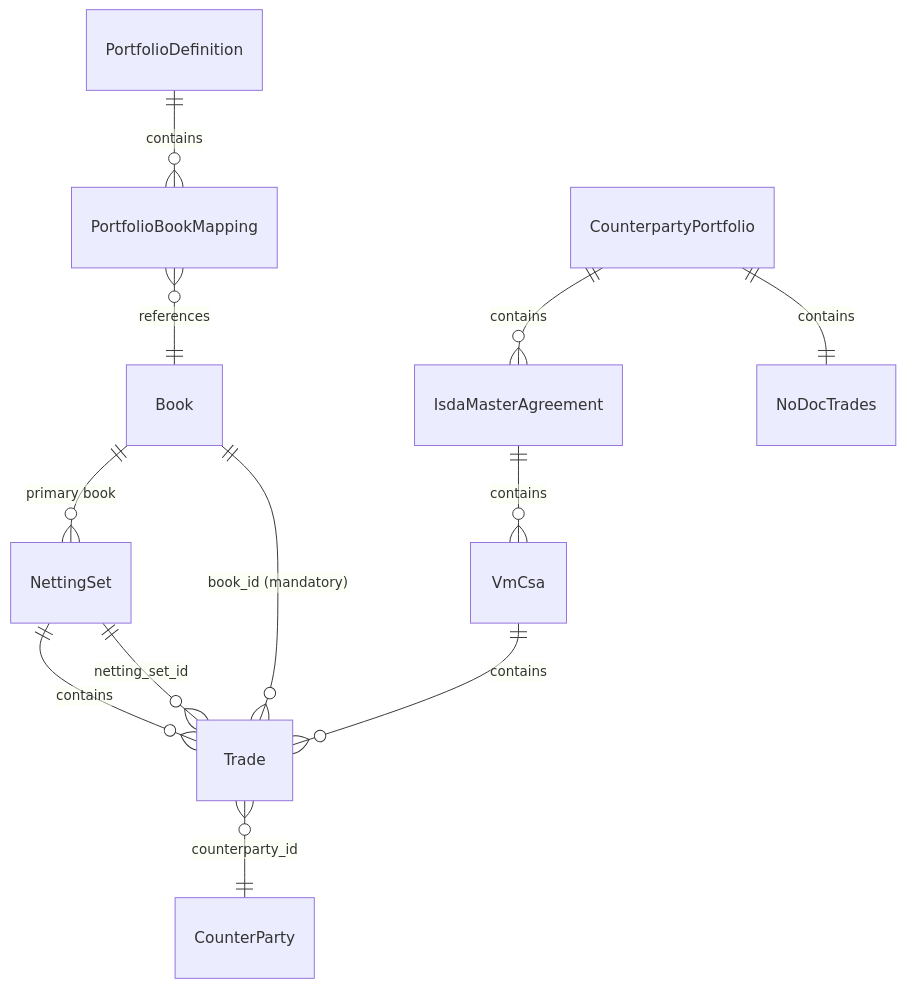
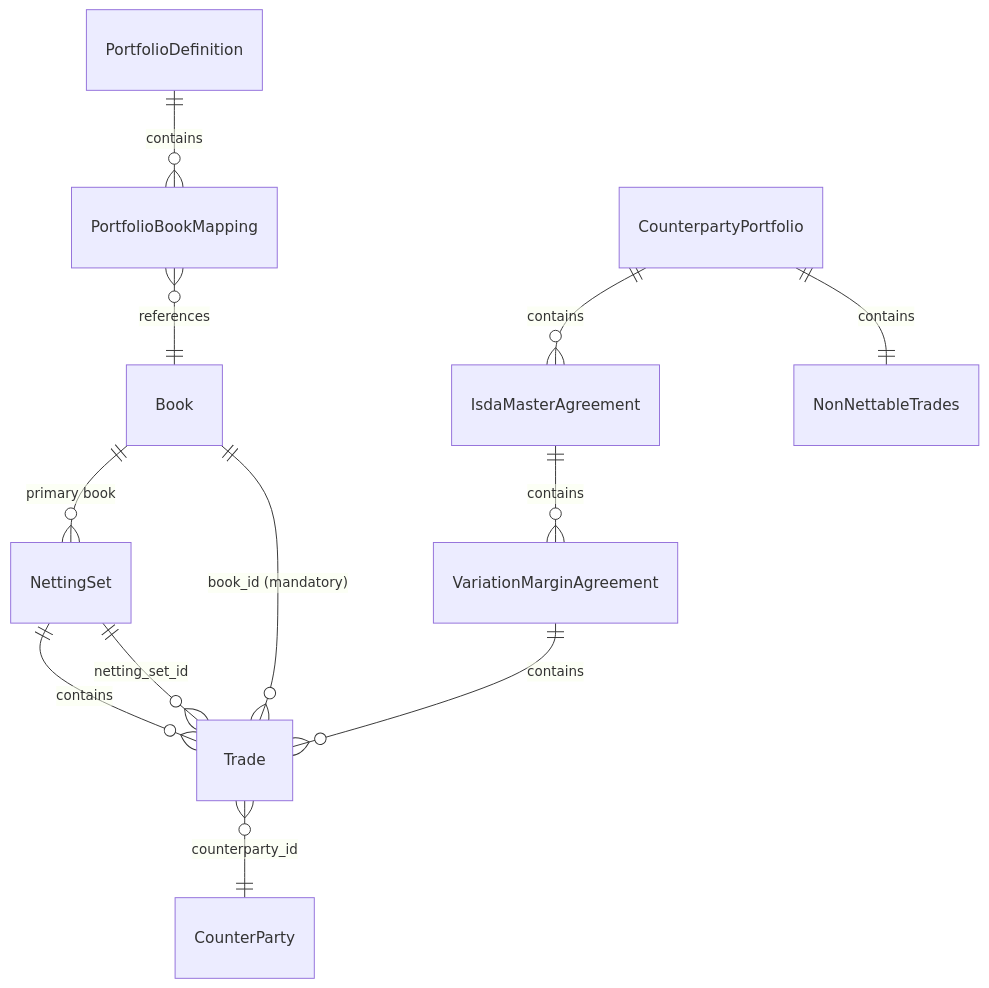
One commit to neutryx-lab/neutryx-rust changed the fourth of 4 diagrams in .kiro/specs/portfolio-book-model/design.md. Above: the diagram before and after it, drawn with Mermaid. The commit also changed other lines of this file and 10 other files, not shown here.

````diff
--- a/.kiro/specs/portfolio-book-model/design.md
+++ b/.kiro/specs/portfolio-book-model/design.md
@@ -1016,16 +1055,16 @@
 ```mermaid
 erDiagram
     PortfolioDefinition ||--o{ PortfolioBookMapping : contains
     PortfolioBookMapping }o--|| Book : references
     Book ||--o{ NettingSet : "primary book"
     NettingSet ||--o{ Trade : contains
 
     CounterpartyPortfolio ||--o{ IsdaMasterAgreement : contains
-    CounterpartyPortfolio ||--|| NoDocTrades : contains
-    IsdaMasterAgreement ||--o{ VmCsa : contains
-    VmCsa ||--o{ Trade : contains
+    CounterpartyPortfolio ||--|| NonNettableTrades : contains
+    IsdaMasterAgreement ||--o{ VariationMarginAgreement : contains
+    VariationMarginAgreement ||--o{ Trade : contains
 
     Trade }o--|| Book : "book_id (mandatory)"
     Trade }o--|| CounterParty : counterparty_id
     Trade }o--|| NettingSet : netting_set_id
 ```
````
